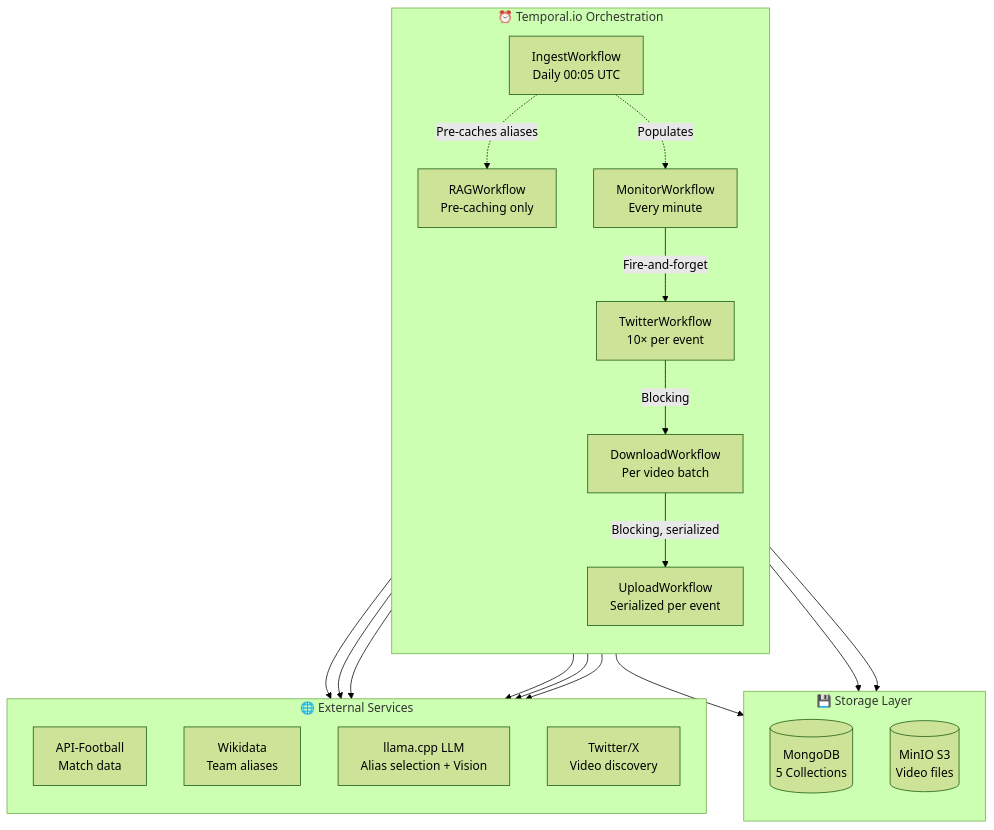
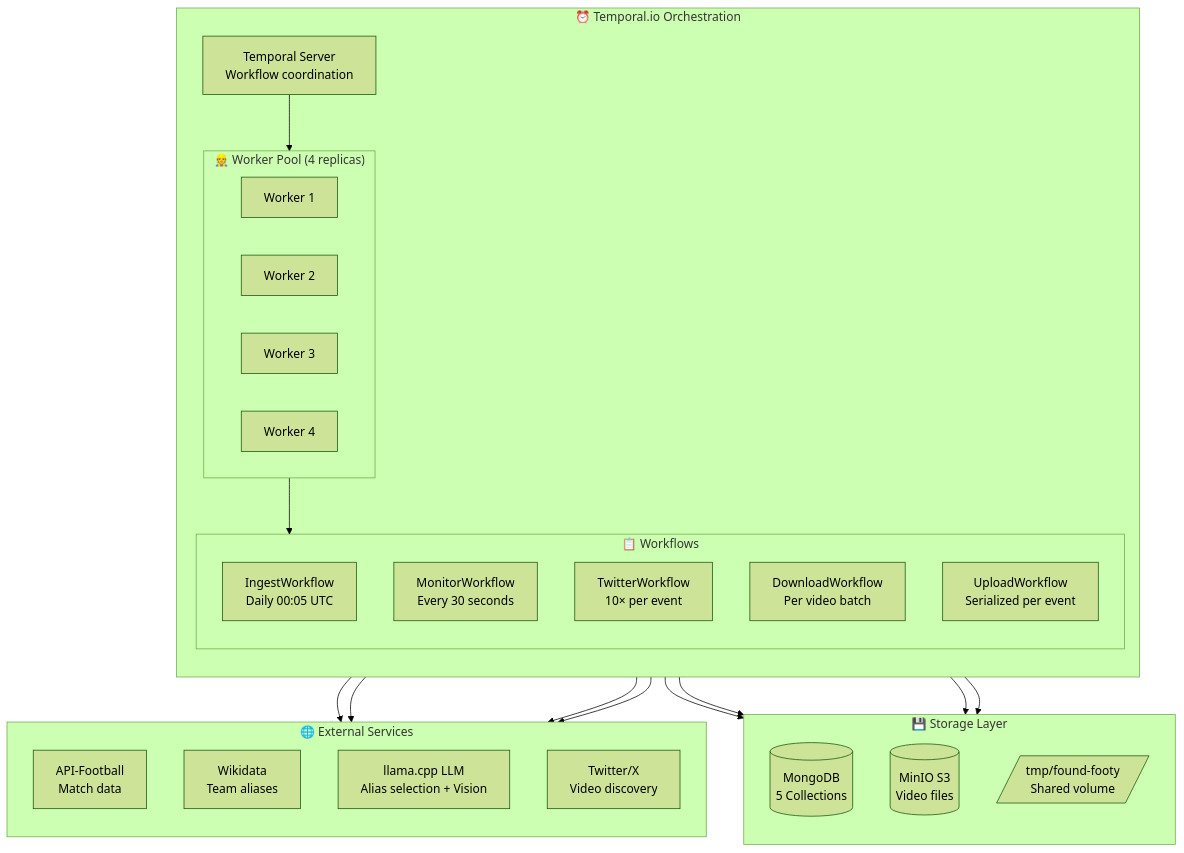
The second of 14 diagrams in README.md (vedantadhobley/found-footy), drawn with Mermaid (forest theme) before and after one commit. The commit also changed other lines of this file and 4 other files, not shown here.

First line of the commit message:
docs: update README with multi-worker architecture and Mermaid diagrams

````diff
--- a/README.md
+++ b/README.md
@@ -57,42 +57,49 @@
 ```mermaid
 flowchart TB
     subgraph TEMPORAL["⏰ Temporal.io Orchestration"]
         direction TB
-        INGEST[IngestWorkflow<br/>Daily 00:05 UTC]
-        MONITOR[MonitorWorkflow<br/>Every minute]
-        RAGWF[RAGWorkflow<br/>Pre-caching only]
-        TWITTERWF[TwitterWorkflow<br/>10× per event]
-        DOWNLOADWF[DownloadWorkflow<br/>Per video batch]
-        UPLOADWF[UploadWorkflow<br/>Serialized per event]
+        SERVER[Temporal Server<br/>Workflow coordination]
         
-        INGEST -.->|Pre-caches aliases| RAGWF
-        INGEST -.->|Populates| MONITOR
-        MONITOR -->|Fire-and-forget| TWITTERWF
-        TWITTERWF -->|Blocking| DOWNLOADWF
-        DOWNLOADWF -->|Blocking, serialized| UPLOADWF
+        subgraph WORKERS["👷 Worker Pool (4 replicas)"]
+            W1[Worker 1]
+            W2[Worker 2]
+            W3[Worker 3]
+            W4[Worker 4]
+        end
+        
+        subgraph WORKFLOWS["📋 Workflows"]
+            INGEST[IngestWorkflow<br/>Daily 00:05 UTC]
+            MONITOR[MonitorWorkflow<br/>Every 30 seconds]
+            TWITTERWF[TwitterWorkflow<br/>10× per event]
+            DOWNLOADWF[DownloadWorkflow<br/>Per video batch]
+            UPLOADWF[UploadWorkflow<br/>Serialized per event]
+        end
+        
+        SERVER --> WORKERS
+        WORKERS --> WORKFLOWS
     end
     
     subgraph STORAGE["💾 Storage Layer"]
         direction TB
         MONGO[(MongoDB<br/>5 Collections)]
         MINIO[(MinIO S3<br/>Video files)]
+        TEMP[/tmp/found-footy<br/>Shared volume/]
     end
     
     subgraph EXTERNAL["🌐 External Services"]
         direction TB
         APIFB[API-Football<br/>Match data]
         WIKIDATA[Wikidata<br/>Team aliases]
         LLM[llama.cpp LLM<br/>Alias selection + Vision]
         TWITTER[Twitter/X<br/>Video discovery]
     end
     
     INGEST --> APIFB
     MONITOR --> APIFB
     MONITOR --> MONGO
-    RAGWF --> WIKIDATA
-    RAGWF --> LLM
     TWITTERWF --> TWITTER
     DOWNLOADWF --> LLM
+    DOWNLOADWF --> TEMP
     UPLOADWF --> MINIO
     UPLOADWF --> MONGO
 ```
````
